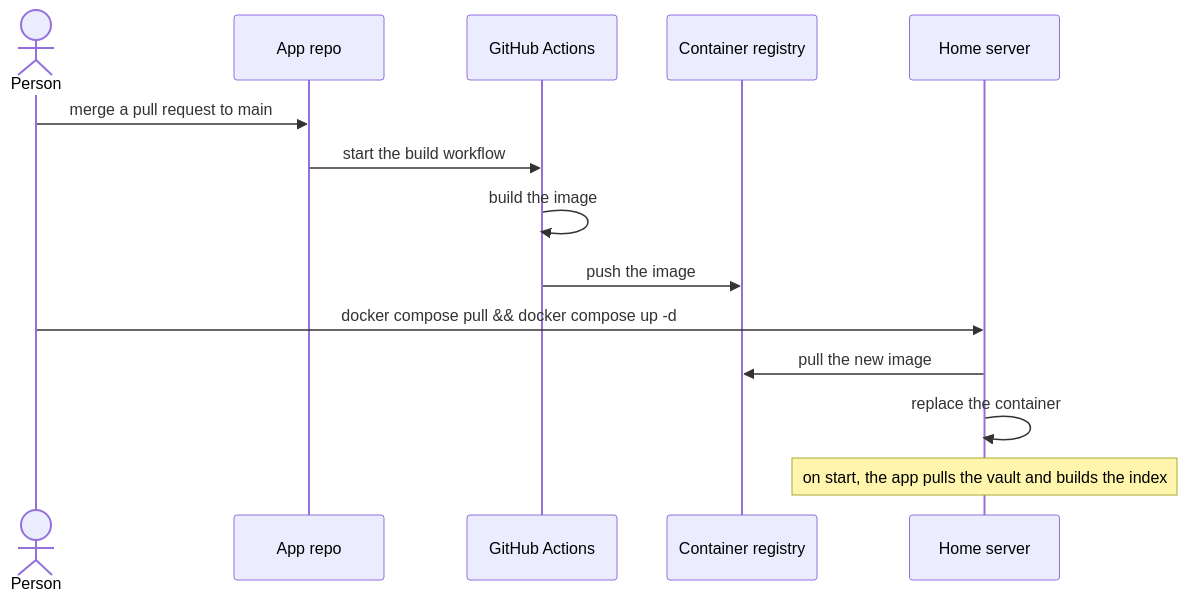
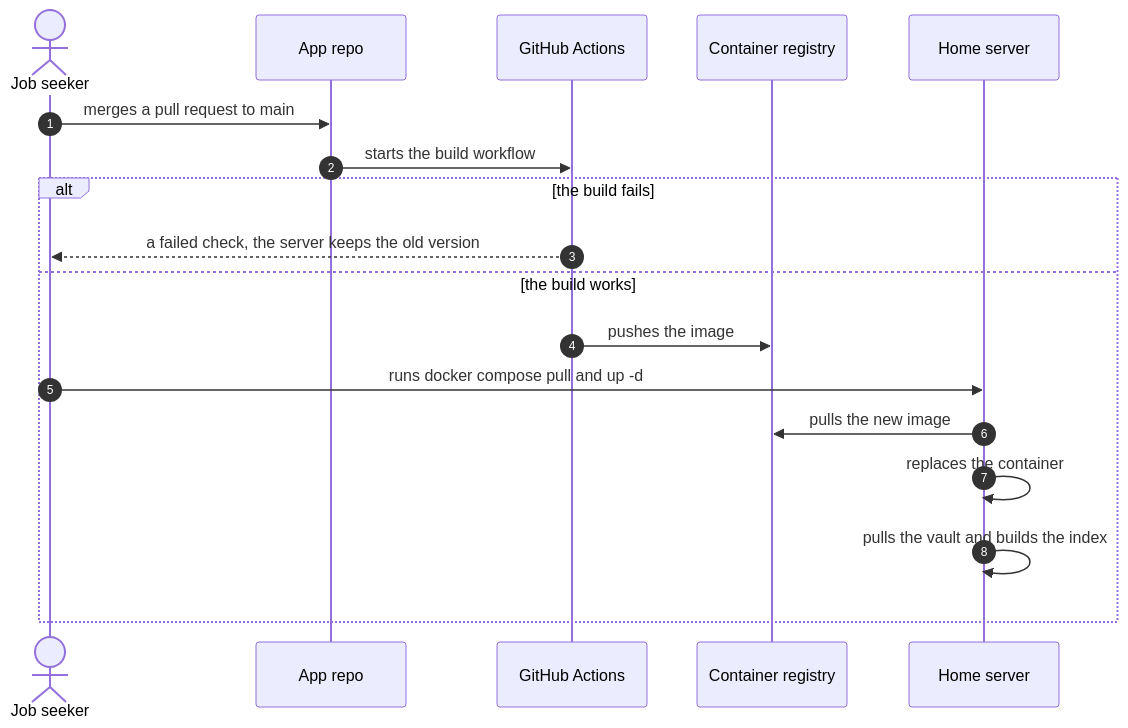
Before and after one commit to lyeyixian/job-search-app: the second of 2 diagrams in docs/architecture/deployment.md, drawn with Mermaid. The commit also changed other lines of this file and 5 other files, not shown here.

First line of the commit message:
Add a fixed template for each diagram type

````diff
--- a/docs/architecture/deployment.md
+++ b/docs/architecture/deployment.md
@@ -53,17 +62,21 @@
 ```mermaid
 sequenceDiagram
-    actor Dev as Person
+    autonumber
+    actor Dev as Job seeker
     participant Repo as App repo
     participant CI as GitHub Actions
     participant Reg as Container registry
     participant Srv as Home server
 
-    Dev->>Repo: merge a pull request to main
-    Repo->>CI: start the build workflow
-    CI->>CI: build the image
-    CI->>Reg: push the image
-    Dev->>Srv: docker compose pull && docker compose up -d
-    Srv->>Reg: pull the new image
-    Srv->>Srv: replace the container
-    Note over Srv: on start, the app pulls the vault and builds the index
+    Dev->>Repo: merges a pull request to main
+    Repo->>CI: starts the build workflow
+    alt the build fails
+        CI-->>Dev: a failed check, the server keeps the old version
+    else the build works
+        CI->>Reg: pushes the image
+        Dev->>Srv: runs docker compose pull and up -d
+        Srv->>Reg: pulls the new image
+        Srv->>Srv: replaces the container
+        Srv->>Srv: pulls the vault and builds the index
+    end
 ```
````
